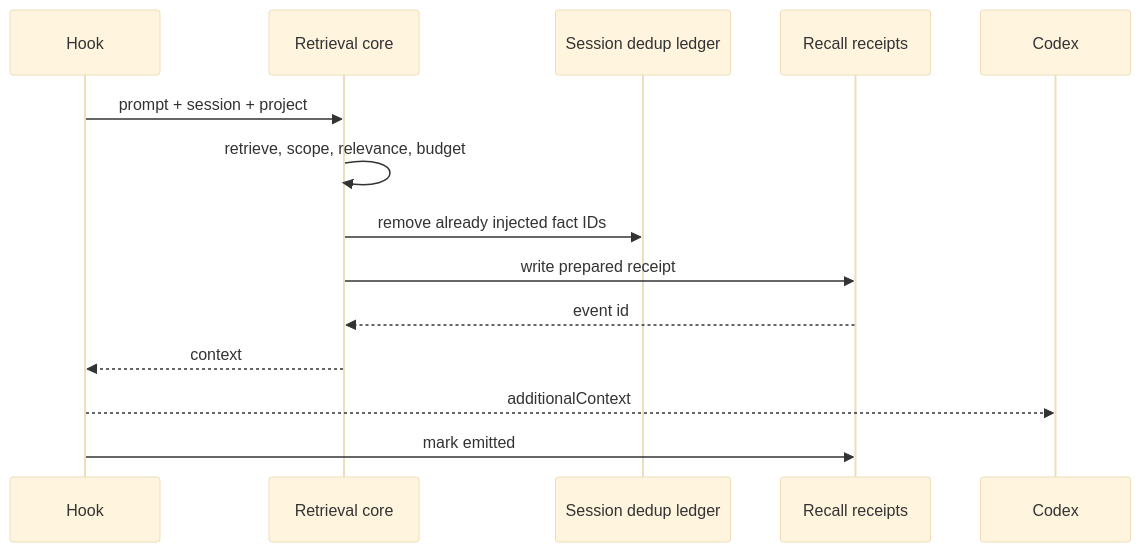
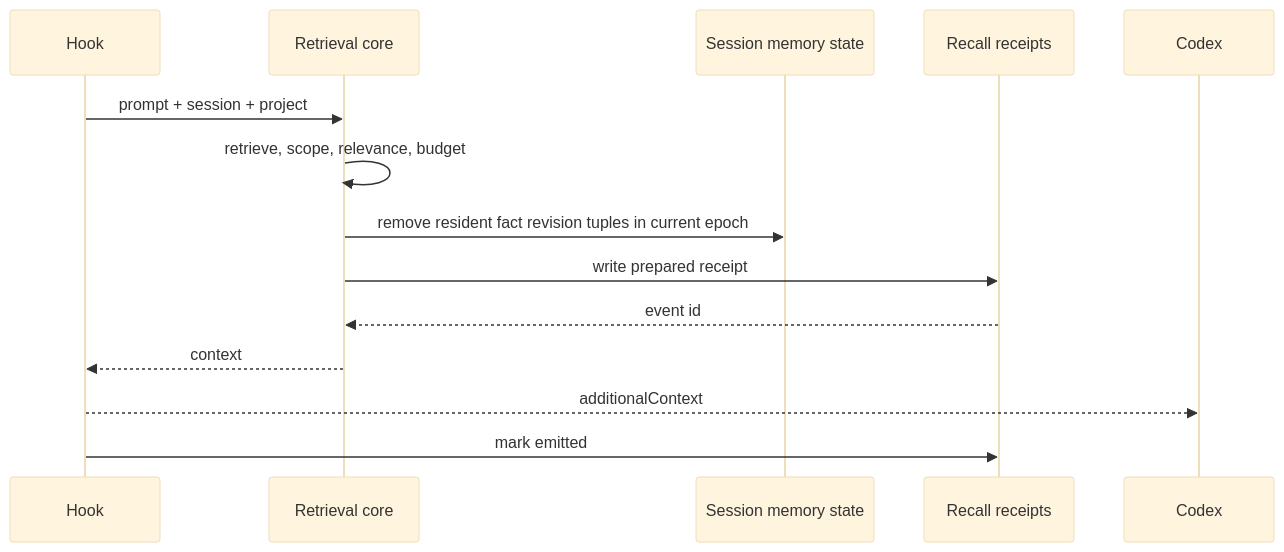
The second of 2 diagrams in docs/RETRIEVAL-AND-CONTEXT.md (BongSuCHOI/memex), drawn with Mermaid (base theme) before and after one commit. The commit also changed other lines of this file and 63 other files, not shown here.

````diff
--- a/docs/RETRIEVAL-AND-CONTEXT.md
+++ b/docs/RETRIEVAL-AND-CONTEXT.md
@@ -43,17 +43,17 @@
 ```mermaid
 sequenceDiagram
     participant H as Hook
     participant R as Retrieval core
-    participant L as Session dedup ledger
+    participant L as Session memory state
     participant P as Recall receipts
     participant C as Codex
 
     H->>R: prompt + session + project
     R->>R: retrieve, scope, relevance, budget
-    R->>L: remove already injected fact IDs
+    R->>L: remove resident fact revision tuples in current epoch
     R->>P: write prepared receipt
     P-->>R: event id
     R-->>H: context
     H-->>C: additionalContext
     H->>P: mark emitted
 ```
````
